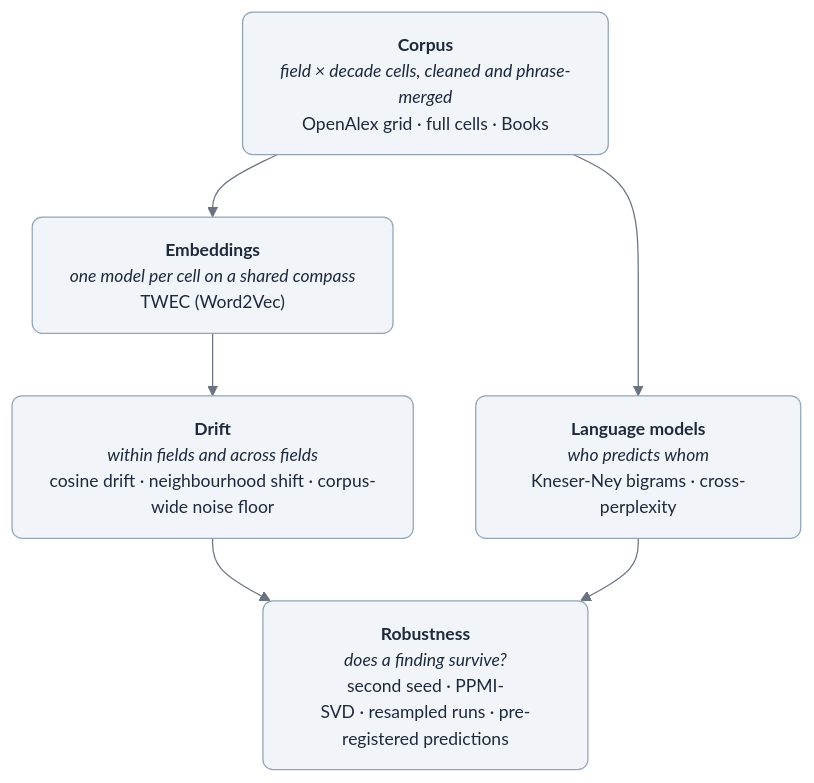
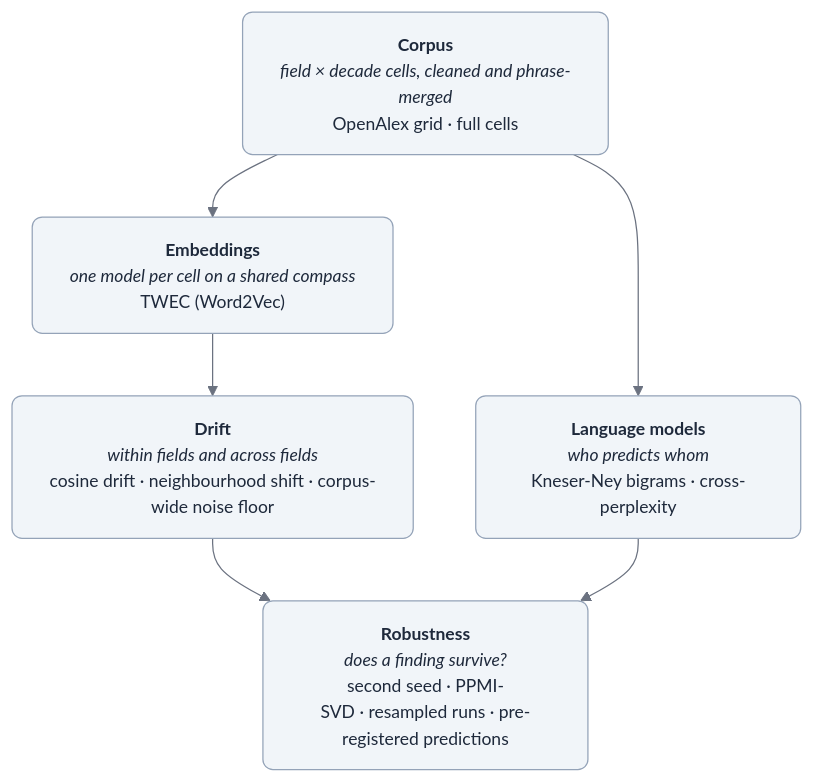
Before and after one commit to Dovalization/interpretant: the diagram in README.md, drawn with Mermaid. The commit also changed other lines of this file and 29 other files, not shown here.

````diff
--- a/README.md
+++ b/README.md
@@ -62,14 +62,14 @@
 ```mermaid
 %%{init: {'theme': 'base', 'themeVariables': {'fontSize': '14px', 'lineColor': '#6b7280'}}}%%
 flowchart TD
     classDef stage fill:#f1f5f9,stroke:#94a3b8,color:#1e293b,rx:8
 
-    C["<b>Corpus</b><br/><i>field&nbsp;×&nbsp;decade&nbsp;cells,&nbsp;cleaned&nbsp;and&nbsp;phrase-merged</i><br/>OpenAlex&nbsp;grid&nbsp;·&nbsp;full&nbsp;cells&nbsp;·&nbsp;Books"]:::stage
+    C["<b>Corpus</b><br/><i>field&nbsp;×&nbsp;decade&nbsp;cells,&nbsp;cleaned&nbsp;and&nbsp;phrase-merged</i><br/>OpenAlex&nbsp;grid&nbsp;·&nbsp;full&nbsp;cells"]:::stage
     E["<b>Embeddings</b><br/><i>one&nbsp;model&nbsp;per&nbsp;cell&nbsp;on&nbsp;a&nbsp;shared&nbsp;compass</i><br/>TWEC&nbsp;(Word2Vec)"]:::stage
     D["<b>Drift</b><br/><i>within&nbsp;fields&nbsp;and&nbsp;across&nbsp;fields</i><br/>cosine&nbsp;drift&nbsp;·&nbsp;neighbourhood&nbsp;shift&nbsp;·&nbsp;corpus-wide&nbsp;noise&nbsp;floor"]:::stage
     L["<b>Language models</b><br/><i>who&nbsp;predicts&nbsp;whom</i><br/>Kneser-Ney&nbsp;bigrams&nbsp;·&nbsp;cross-perplexity"]:::stage
     R["<b>Robustness</b><br/><i>does&nbsp;a&nbsp;finding&nbsp;survive?</i><br/>second&nbsp;seed&nbsp;·&nbsp;PPMI-SVD&nbsp;·&nbsp;resampled&nbsp;runs&nbsp;·&nbsp;pre-registered&nbsp;predictions"]:::stage
 
     C --> E --> D --> R
     C --> L --> R
 ```
````
